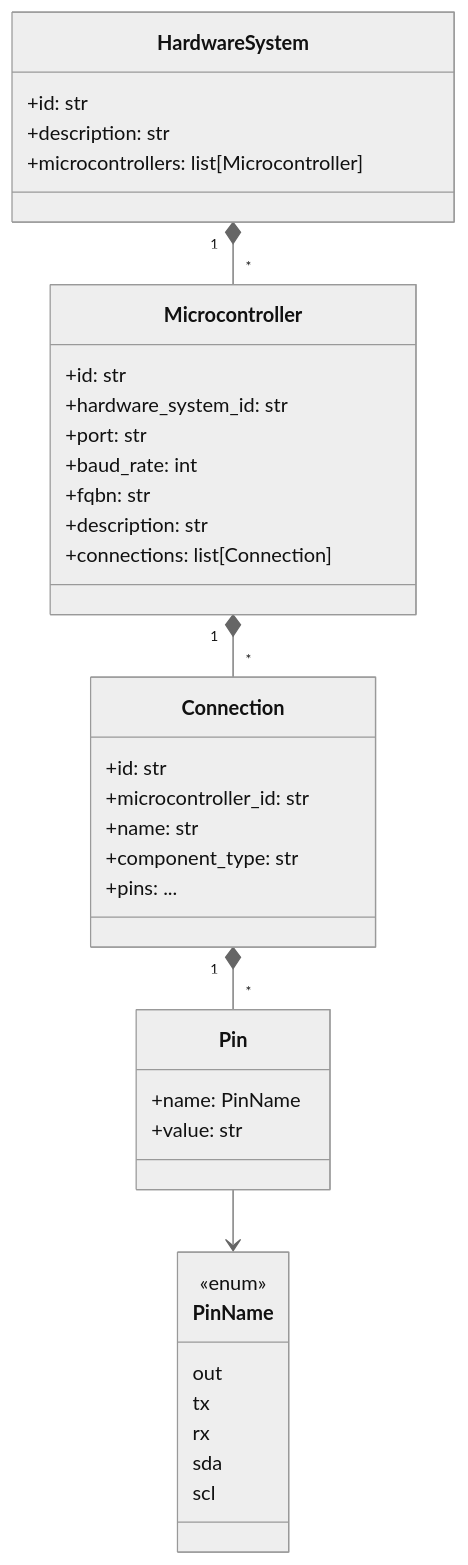
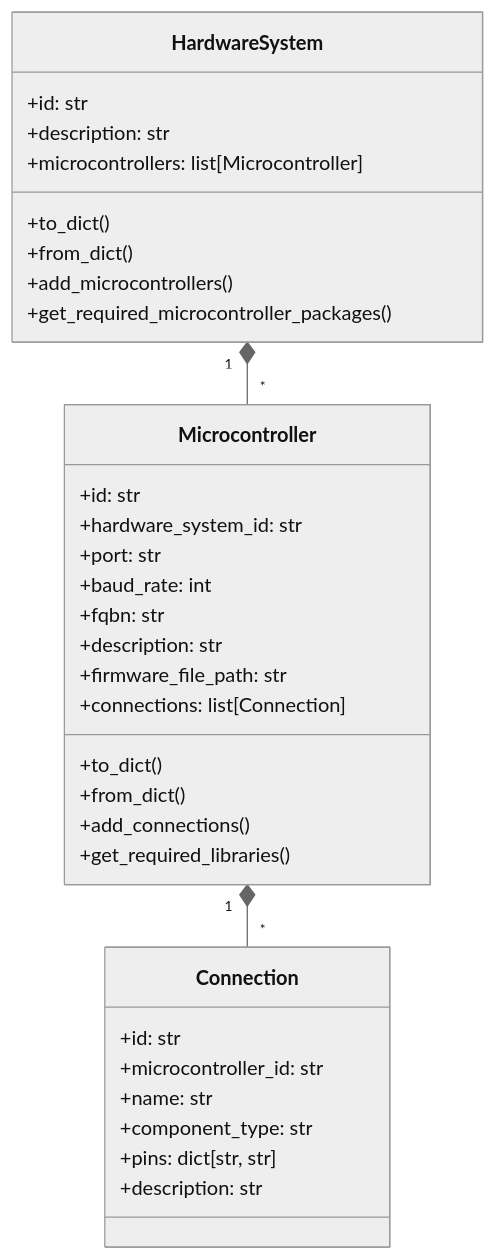
One commit to BaronLiu1993/gerbera changed the first of 3 diagrams in README.md. Above: the diagram before and after it, drawn with Mermaid (neutral theme). The commit also changed other lines of this file, not shown here.

````diff
--- a/README.md
+++ b/README.md
@@ -146,45 +148,39 @@
 ```mermaid
 classDiagram
     class HardwareSystem {
       +id: str
       +description: str
       +microcontrollers: list[Microcontroller]
+      +to_dict()
+      +from_dict()
+      +add_microcontrollers()
+      +get_required_microcontroller_packages()
     }
 
     class Microcontroller {
       +id: str
       +hardware_system_id: str
       +port: str
       +baud_rate: int
       +fqbn: str
       +description: str
+      +firmware_file_path: str
       +connections: list[Connection]
+      +to_dict()
+      +from_dict()
+      +add_connections()
+      +get_required_libraries()
     }
 
     class Connection {
       +id: str
       +microcontroller_id: str
       +name: str
       +component_type: str
-      +pins: ...
-    }
-
-    class Pin {
-      +name: PinName
-      +value: str
-    }
-
-    class PinName {
-      <<enum>>
-      out
-      tx
-      rx
-      sda
-      scl
+      +pins: dict[str, str]
+      +description: str
     }
 
     HardwareSystem "1" *-- "*" Microcontroller
     Microcontroller "1" *-- "*" Connection
-    Connection "1" *-- "*" Pin
-    Pin --> PinName
 ```
````
